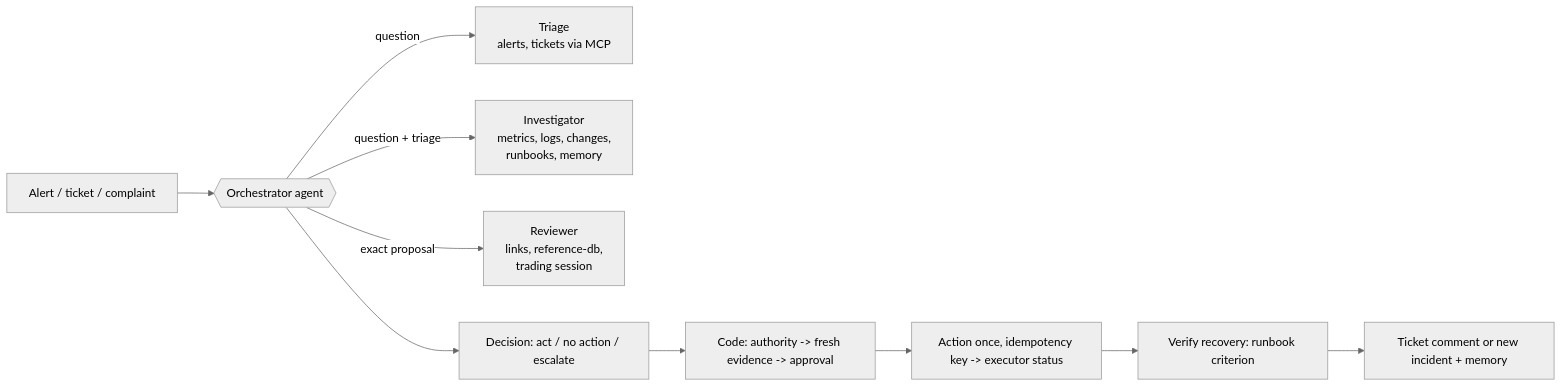
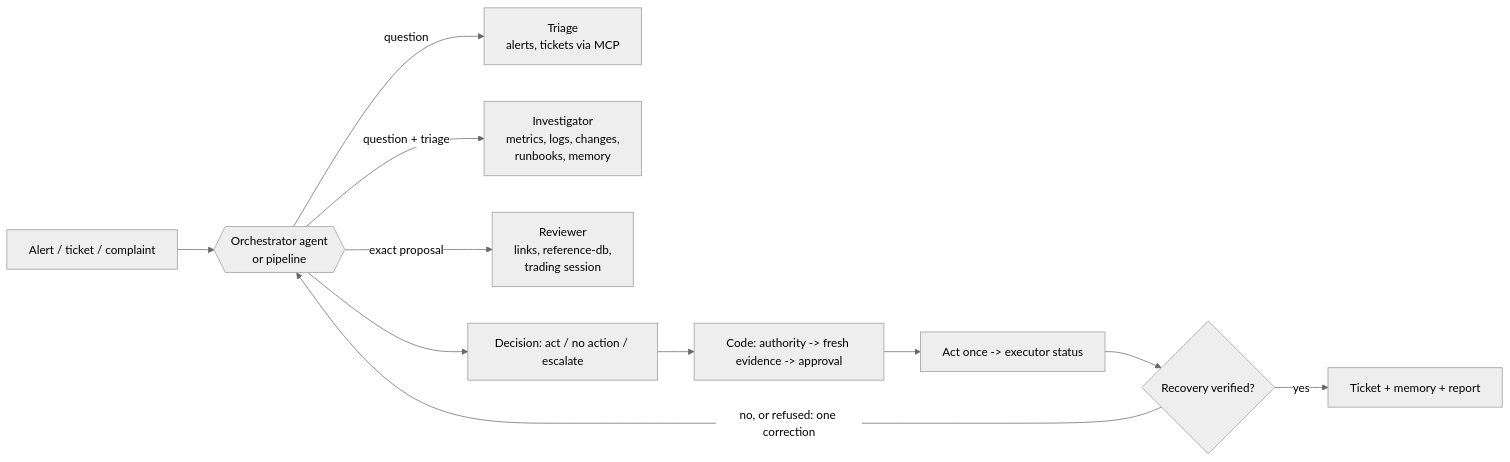
The diagram in README.md (Andre-Faria-9170113/Meridian-Exchange-agentic-incident-response), drawn with Mermaid (neutral theme) before and after one commit. The commit also changed other lines of this file and 5 other files, not shown here.

Commit message:
Docs: final README, proposal, architecture, evaluation and demo script

````diff
--- a/README.md
+++ b/README.md
@@ -56,12 +133,13 @@
 ```mermaid
 flowchart LR
-    I[Alert / ticket / complaint] --> O{{Orchestrator agent}}
+    I[Alert / ticket / complaint] --> O{{Orchestrator agent<br/>or pipeline}}
     O -->|question| T[Triage<br/>alerts, tickets via MCP]
     O -->|question + triage| V[Investigator<br/>metrics, logs, changes,<br/>runbooks, memory]
     O -->|exact proposal| R[Reviewer<br/>links, reference-db,<br/>trading session]
     O --> D[Decision: act / no action / escalate]
     D --> C[Code: authority -> fresh evidence -> approval]
-    C --> X[Action once, idempotency key -> executor status]
-    X --> W[Verify recovery: runbook criterion]
-    W --> K[Ticket comment or new incident + memory]
+    C --> X[Act once -> executor status]
+    X --> W{Recovery verified?}
+    W -->|no, or refused: one correction| O
+    W -->|yes| K[Ticket + memory + report]
 ```
````
